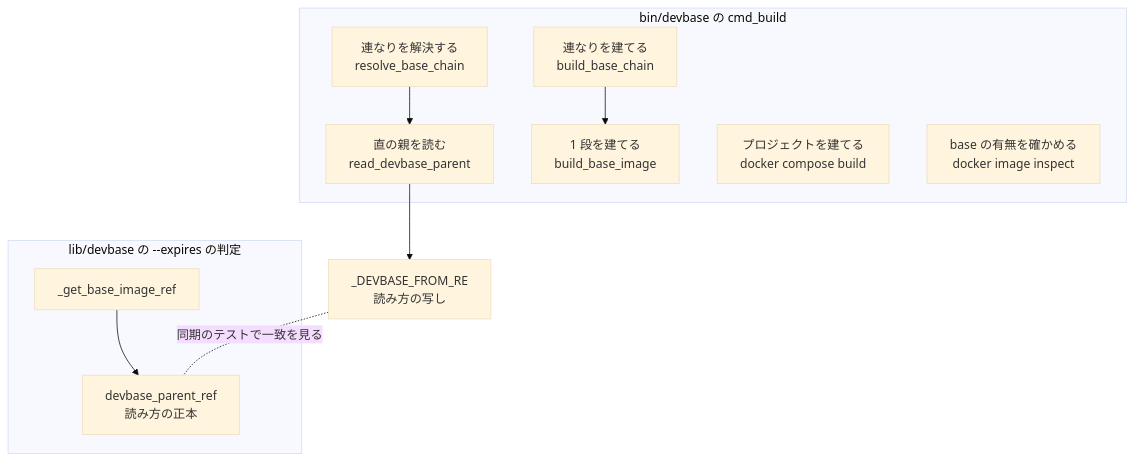
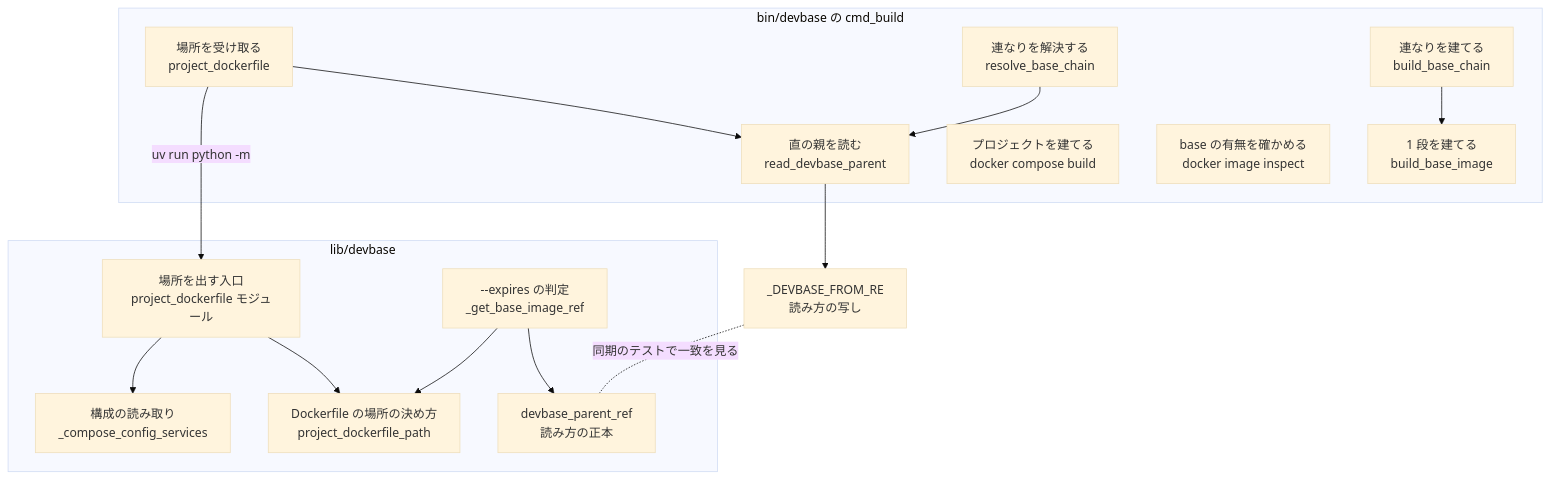
The first of 4 diagrams in docs/specifications/base-image-chain-build.md (devbasex/devbase), drawn with Mermaid (base theme) before and after one commit. The commit also changed other lines of this file and 1 other file, not shown here.

Commit message:
docs: 確定仕様と CHANGELOG に、開発サービスの build から Dockerfile を決めることを書く（#415）

````diff
--- a/docs/specifications/base-image-chain-build.md
+++ b/docs/specifications/base-image-chain-build.md
@@ -72,21 +86,30 @@
 ```mermaid
 graph TD
     subgraph 入口["bin/devbase の cmd_build"]
+        PD[場所を受け取る<br/>project_dockerfile]
         R[直の親を読む<br/>read_devbase_parent]
         C[連なりを解決する<br/>resolve_base_chain]
         B[連なりを建てる<br/>build_base_chain]
         I[1 段を建てる<br/>build_base_image]
         P[プロジェクトを建てる<br/>docker compose build]
         F[base の有無を確かめる<br/>docker image inspect]
     end
-    subgraph 判定["lib/devbase の --expires の判定"]
-        E[_get_base_image_ref]
+    subgraph 判定["lib/devbase"]
+        M[場所を出す入口<br/>project_dockerfile モジュール]
+        CS[構成の読み取り<br/>_compose_config_services]
+        PP[Dockerfile の場所の決め方<br/>project_dockerfile_path]
+        E[--expires の判定<br/>_get_base_image_ref]
         D[devbase_parent_ref<br/>読み方の正本]
     end
     RE[_DEVBASE_FROM_RE<br/>読み方の写し]
+    PD -->|uv run python -m| M
+    M --> CS
+    M --> PP
+    E --> PP
+    PD --> R
     R --> RE
     C --> R
     B --> I
     E --> D
     RE -. 同期のテストで一致を見る .- D
 ```
````
